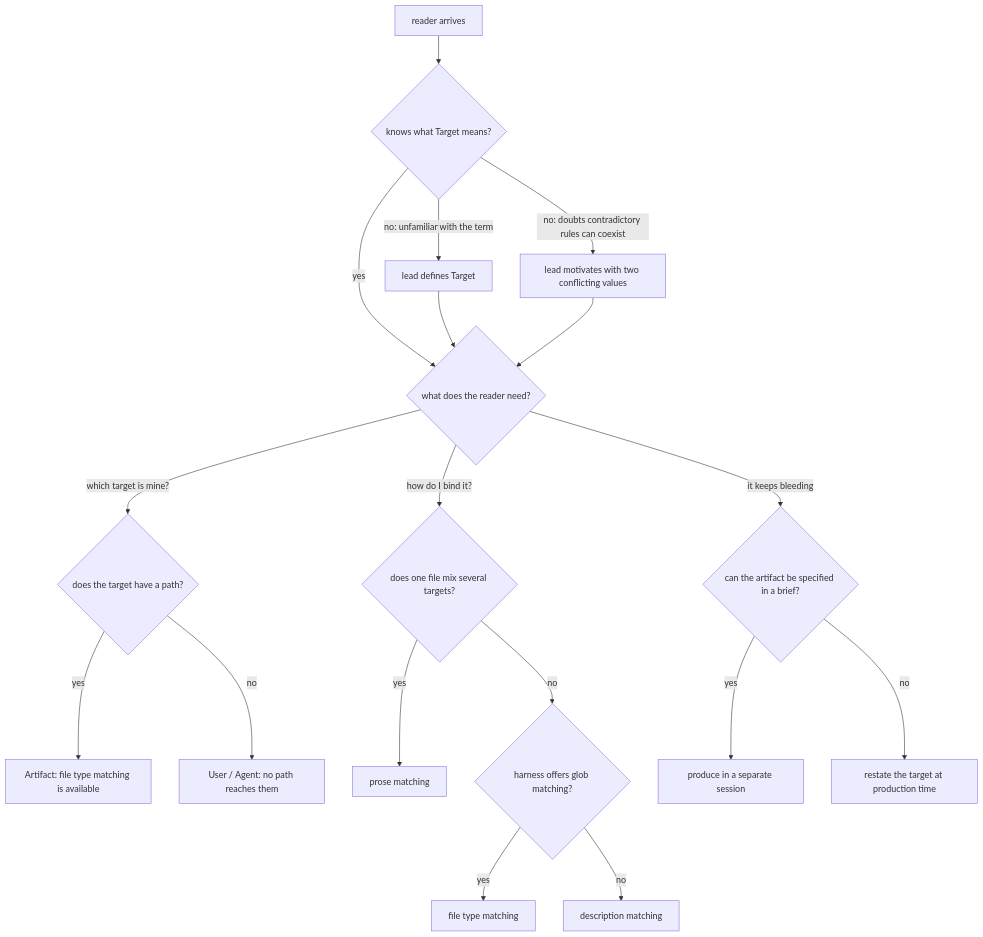
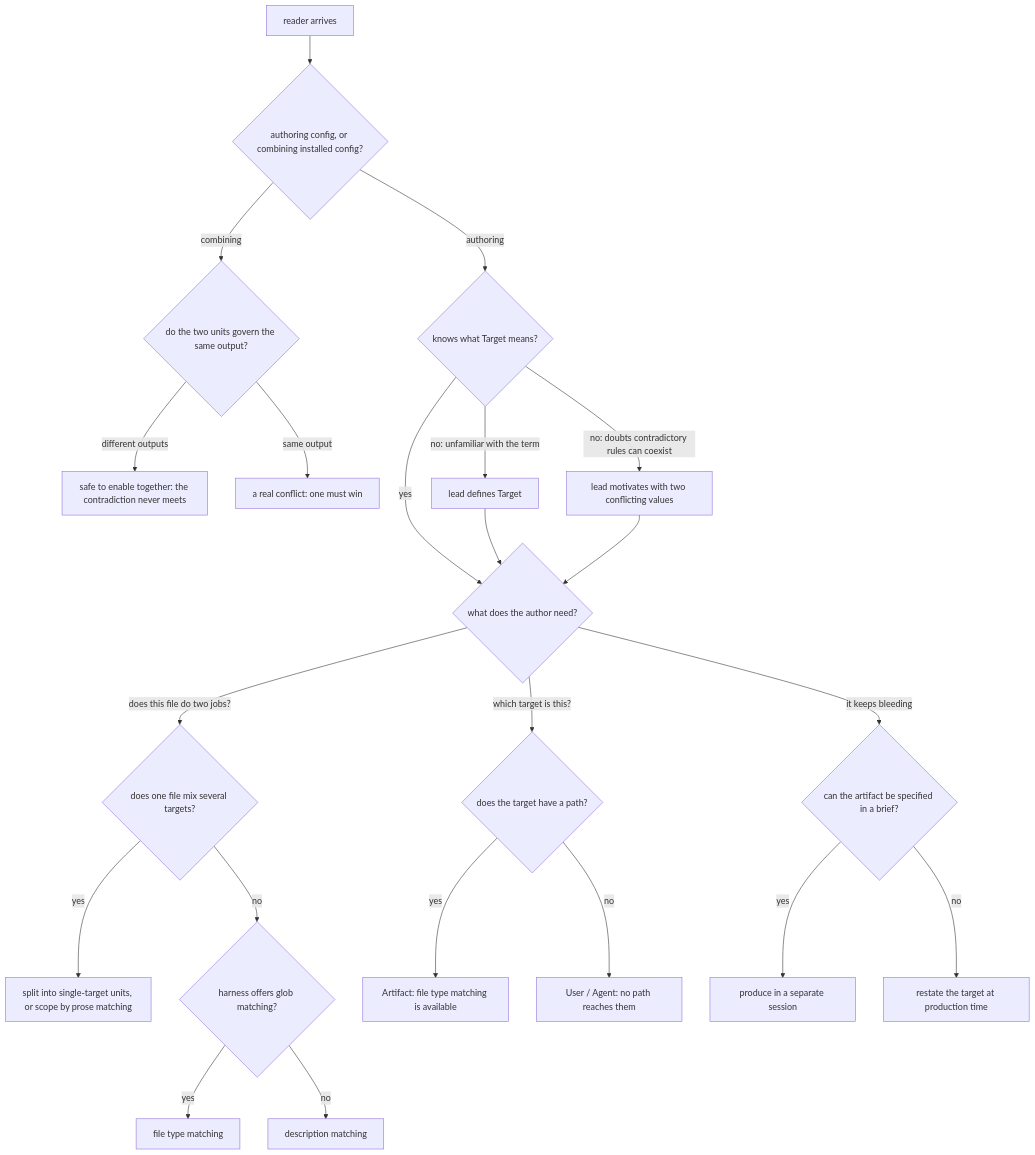
The diagram in apps/website/.agents/spec/content/docs/agent-configuration/instruction-target/README.md (cyberuni/cyber-skills), drawn with Mermaid before and after one commit. The commit also changed other lines of this file and 3 other files, not shown here.

````diff
--- a/apps/website/.agents/spec/content/docs/agent-configuration/instruction-target/README.md
+++ b/apps/website/.agents/spec/content/docs/agent-configuration/instruction-target/README.md
@@ -67,20 +118,30 @@
 ```mermaid
 graph TD
-  A[reader arrives] --> B{knows what Target means?}
+  S[reader arrives] --> R{authoring config, or combining installed config?}
+
+  R -- combining --> Z{do the two units govern the same output?}
+  Z -- "different outputs" --> Z1[safe to enable together: the contradiction never meets]
+  Z -- "same output" --> Z2[a real conflict: one must win]
+
+  R -- authoring --> B{knows what Target means?}
   B -- "no: unfamiliar with the term" --> C1[lead defines Target]
   B -- "no: doubts contradictory rules can coexist" --> C2[lead motivates with two conflicting values]
-  B -- yes --> D{what does the reader need?}
+  B -- yes --> D{what does the author need?}
   C1 --> D
   C2 --> D
-  D -- "which target is mine?" --> H{does the target have a path?}
-  D -- "how do I bind it?" --> K{does one file mix several targets?}
+
+  D -- "does this file do two jobs?" --> K{does one file mix several targets?}
+  D -- "which target is this?" --> H{does the target have a path?}
   D -- "it keeps bleeding" --> P{can the artifact be specified in a brief?}
-  H -- yes --> H1[Artifact: file type matching is available]
-  H -- no --> H2[User / Agent: no path reaches them]
-  K -- yes --> K1[prose matching]
+
+  K -- yes --> K1[split into single-target units, or scope by prose matching]
   K -- no --> M{harness offers glob matching?}
   M -- yes --> M1[file type matching]
   M -- no --> M2[description matching]
+
+  H -- yes --> H1[Artifact: file type matching is available]
+  H -- no --> H2[User / Agent: no path reaches them]
+
   P -- yes --> P1[produce in a separate session]
   P -- no --> P2[restate the target at production time]
 ```
````
